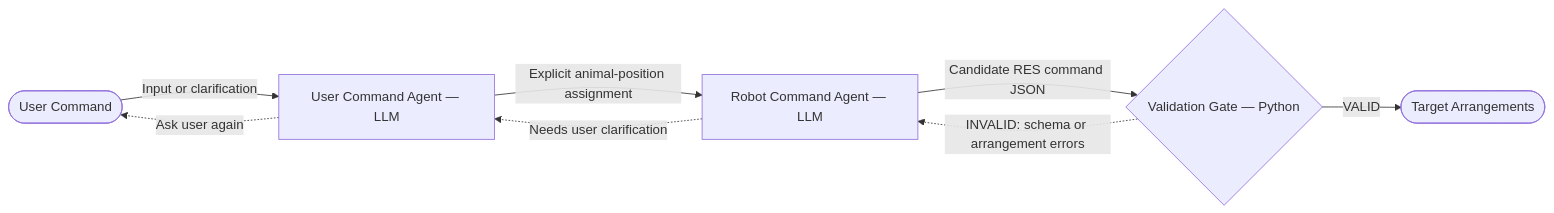
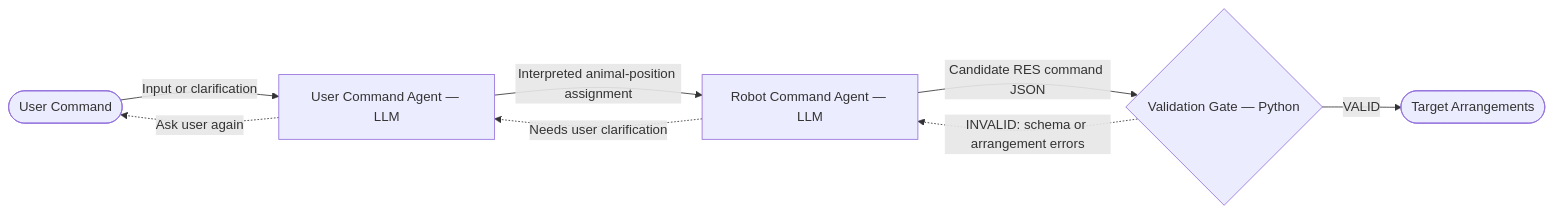
Before and after one commit to unbee-lee/agentic-pick-place-control: the second of 2 diagrams in docs/design.md, drawn with Mermaid. The commit also changed other lines of this file and 29 other files, not shown here.

````diff
--- a/docs/design.md
+++ b/docs/design.md
@@ -39,15 +39,15 @@
 ```mermaid
 flowchart LR
     input(["User Command"])
     command["User Command Agent — LLM"]
     arrangement["Robot Command Agent — LLM"]
     validation{"Validation Gate — Python"}
     output(["Target Arrangements"])
     input -->|"Input or clarification"| command
-    command -->|"Explicit animal-position assignment"| arrangement
+    command -->|"Interpreted animal-position assignment"| arrangement
     command -.->|"Ask user again"| input
     arrangement -.->|"Needs user clarification"| command
     arrangement -->|"Candidate RES command JSON"| validation
     validation -.->|"INVALID: schema or arrangement errors"| arrangement
     validation -->|"VALID"| output
 ```
````
